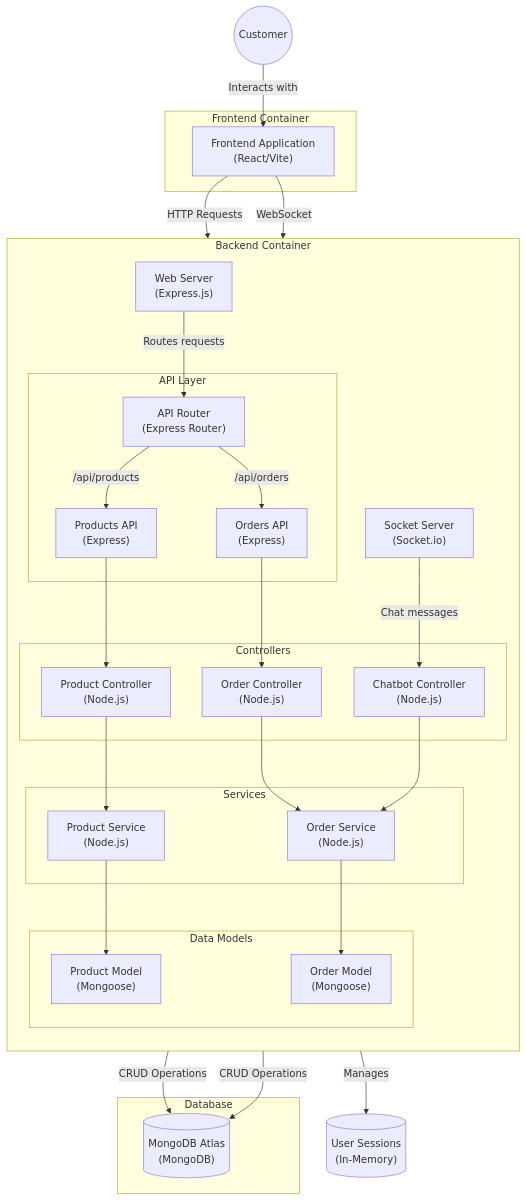
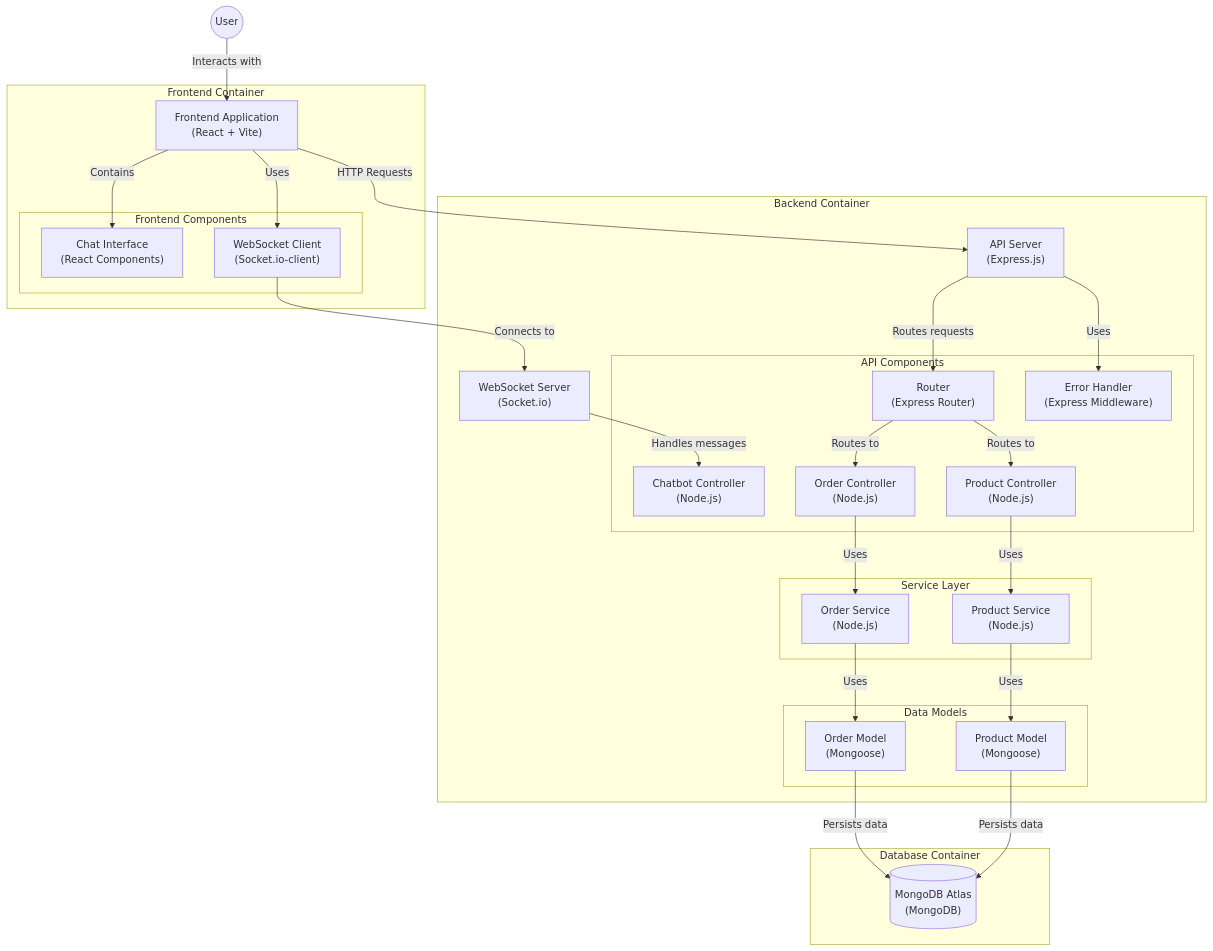
The diagram in readme.md (martinlpc/chatbot-nular), drawn with Mermaid before and after one commit.

````diff
--- a/readme.md
+++ b/readme.md
@@ -31,73 +31,68 @@
 ```mermaid
 graph TB
-    %% External Users
-    User((Customer))
+    User((User))
 
     subgraph "Frontend Container"
-        FrontApp["Frontend Application<br>(React/Vite)"]
+        FrontendApp["Frontend Application<br>(React + Vite)"]
+
+        subgraph "Frontend Components"
+            ChatInterface["Chat Interface<br>(React Components)"]
+            WebSocket["WebSocket Client<br>(Socket.io-client)"]
+        end
     end
 
     subgraph "Backend Container"
-        direction TB
+        APIServer["API Server<br>(Express.js)"]
+        SocketServer["WebSocket Server<br>(Socket.io)"]
 
-        WebServer["Web Server<br>(Express.js)"]
-        SocketServer["Socket Server<br>(Socket.io)"]
-
-        subgraph "API Layer"
-            Router["API Router<br>(Express Router)"]
-            ProductsAPI["Products API<br>(Express)"]
-            OrdersAPI["Orders API<br>(Express)"]
-        end
-
-        subgraph "Controllers"
+        subgraph "API Components"
+            Router["Router<br>(Express Router)"]
+            ErrorHandler["Error Handler<br>(Express Middleware)"]
             ChatbotController["Chatbot Controller<br>(Node.js)"]
             OrderController["Order Controller<br>(Node.js)"]
             ProductController["Product Controller<br>(Node.js)"]
         end
 
-        subgraph "Services"
+        subgraph "Service Layer"
             OrderService["Order Service<br>(Node.js)"]
             ProductService["Product Service<br>(Node.js)"]
         end
 
         subgraph "Data Models"
             ProductModel["Product Model<br>(Mongoose)"]
             OrderModel["Order Model<br>(Mongoose)"]
         end
     end
 
-    subgraph "Database"
+    subgraph "Database Container"
         MongoDB[("MongoDB Atlas<br>(MongoDB)")]
     end
 
-    %% Frontend Connections
-    User -->|"Interacts with"| FrontApp
-    FrontApp -->|"HTTP Requests"| WebServer
-    FrontApp -->|"WebSocket"| SocketServer
+    %% Frontend connections
+    User -->|"Interacts with"| FrontendApp
+    FrontendApp -->|"Contains"| ChatInterface
+    FrontendApp -->|"Uses"| WebSocket
 
-    %% Backend Route Connections
-    WebServer -->|"Routes requests"| Router
-    Router -->|"/api/products"| ProductsAPI
-    Router -->|"/api/orders"| OrdersAPI
+    %% WebSocket connections
+    WebSocket -->|"Connects to"| SocketServer
+    SocketServer -->|"Handles messages"| ChatbotController
 
-    %% Controller Connections
-    ProductsAPI --> ProductController
-    OrdersAPI --> OrderController
-    SocketServer -->|"Chat messages"| ChatbotController
+    %% API connections
+    FrontendApp -->|"HTTP Requests"| APIServer
+    APIServer -->|"Routes requests"| Router
+    Router -->|"Routes to"| OrderController
+    Router -->|"Routes to"| ProductController
+    APIServer -->|"Uses"| ErrorHandler
 
-    %% Service Layer
-    ProductController --> ProductService
-    OrderController --> OrderService
-    ChatbotController --> OrderService
+    %% Controller to Service connections
+    OrderController -->|"Uses"| OrderService
+    ProductController -->|"Uses"| ProductService
 
-    %% Data Model Connections
-    ProductService --> ProductModel
-    OrderService --> OrderModel
+    %% Service to Model connections
+    OrderService -->|"Uses"| OrderModel
+    ProductService -->|"Uses"| ProductModel
 
-    %% Database Connections
-    ProductModel -->|"CRUD Operations"| MongoDB
-    OrderModel -->|"CRUD Operations"| MongoDB
-
-    %% Session Management
-    ChatbotController -->|"Manages"| UserSessions[("User Sessions<br>(In-Memory)")]
+    %% Database connections
+    OrderModel -->|"Persists data"| MongoDB
+    ProductModel -->|"Persists data"| MongoDB
 ```
````
